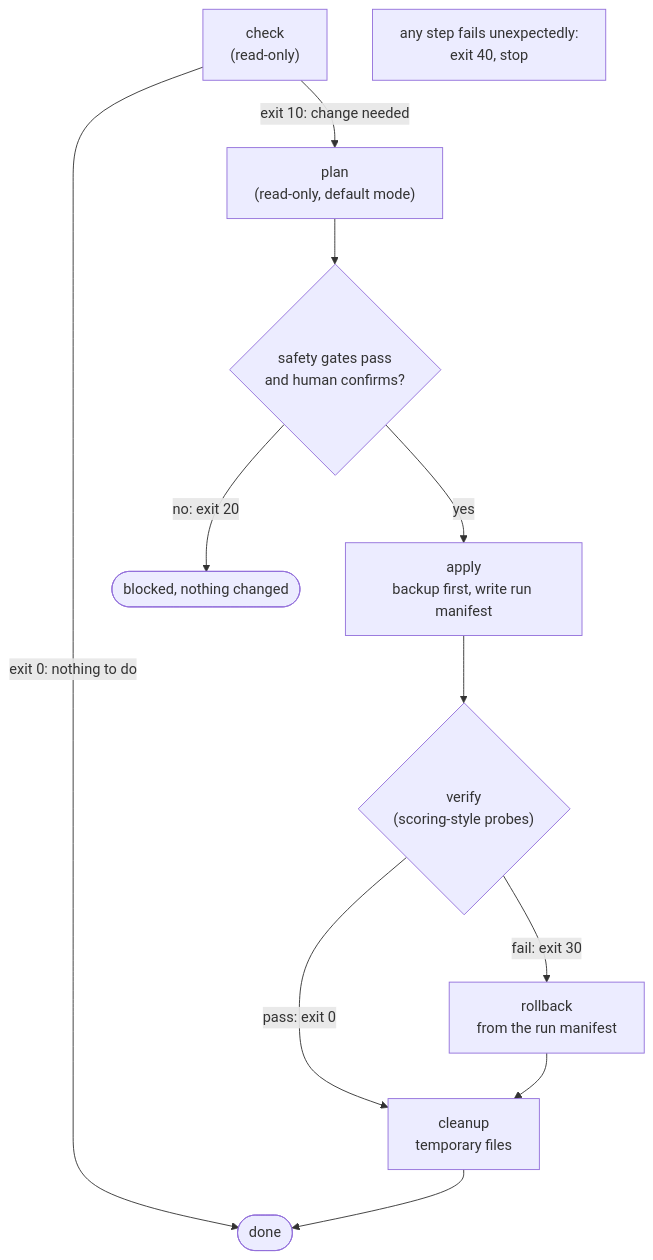
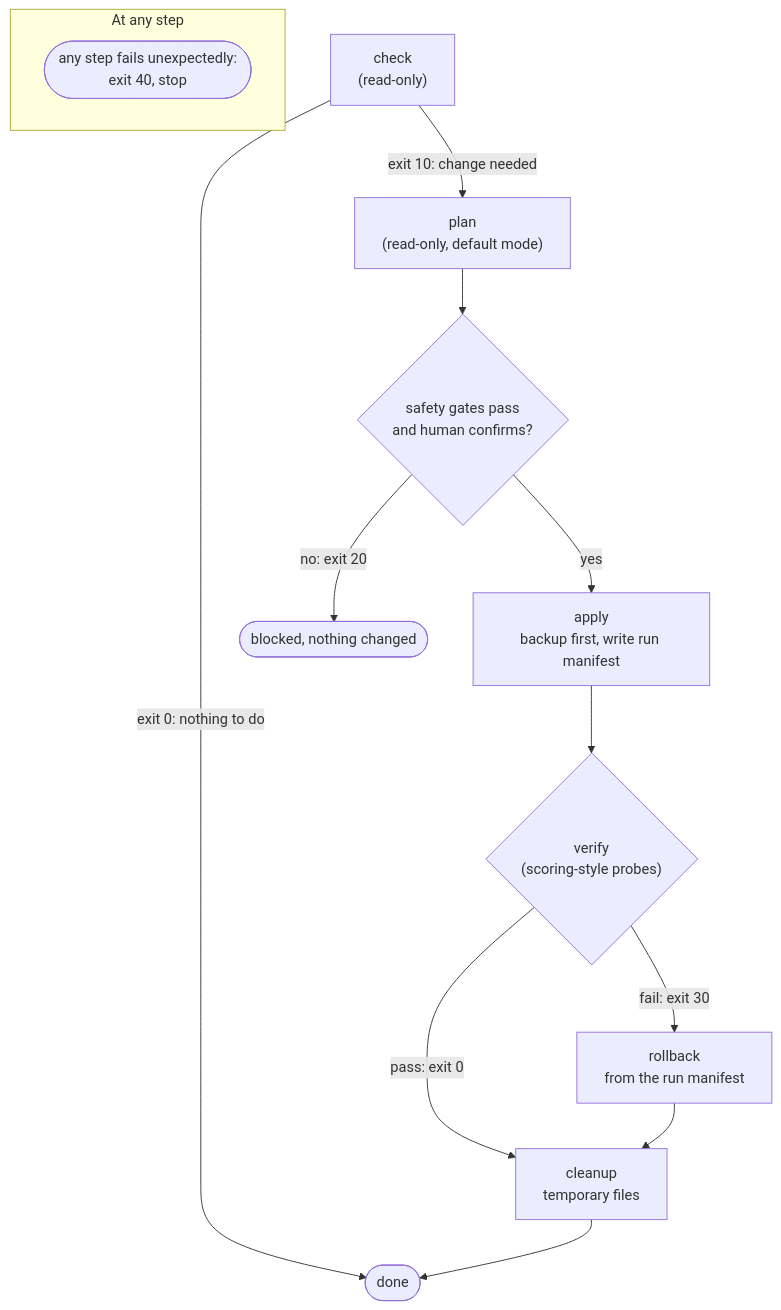
One commit to dotnetdork/Labyrinth changed the third of 3 diagrams in docs/design/00-Module-Contract-and-Layout.md. Above: the diagram before and after it, drawn with Mermaid. The commit also changed other lines of this file and 6 other files, not shown here.

First line of the commit message:
Improve and add Mermaid diagrams

````diff
--- a/docs/design/00-Module-Contract-and-Layout.md
+++ b/docs/design/00-Module-Contract-and-Layout.md
@@ -132,14 +138,16 @@
 ```mermaid
 flowchart TD
     C["check<br/>(read-only)"] -->|"exit 0: nothing to do"| DONE(["done"])
     C -->|"exit 10: change needed"| P["plan<br/>(read-only, default mode)"]
     P --> G{"safety gates pass<br/>and human confirms?"}
     G -->|"no: exit 20"| BLOCK(["blocked, nothing changed"])
     G -->|yes| A["apply<br/>backup first, write run manifest"]
     A --> V{"verify<br/>(scoring-style probes)"}
     V -->|"pass: exit 0"| CL["cleanup<br/>temporary files"]
     V -->|"fail: exit 30"| RB["rollback<br/>from the run manifest"]
     RB --> CL
     CL --> DONE
-    ERR["any step fails unexpectedly:<br/>exit 40, stop"]
+    subgraph anystep["At any step"]
+        ERR(["any step fails unexpectedly:<br/>exit 40, stop"])
+    end
 ```
````
